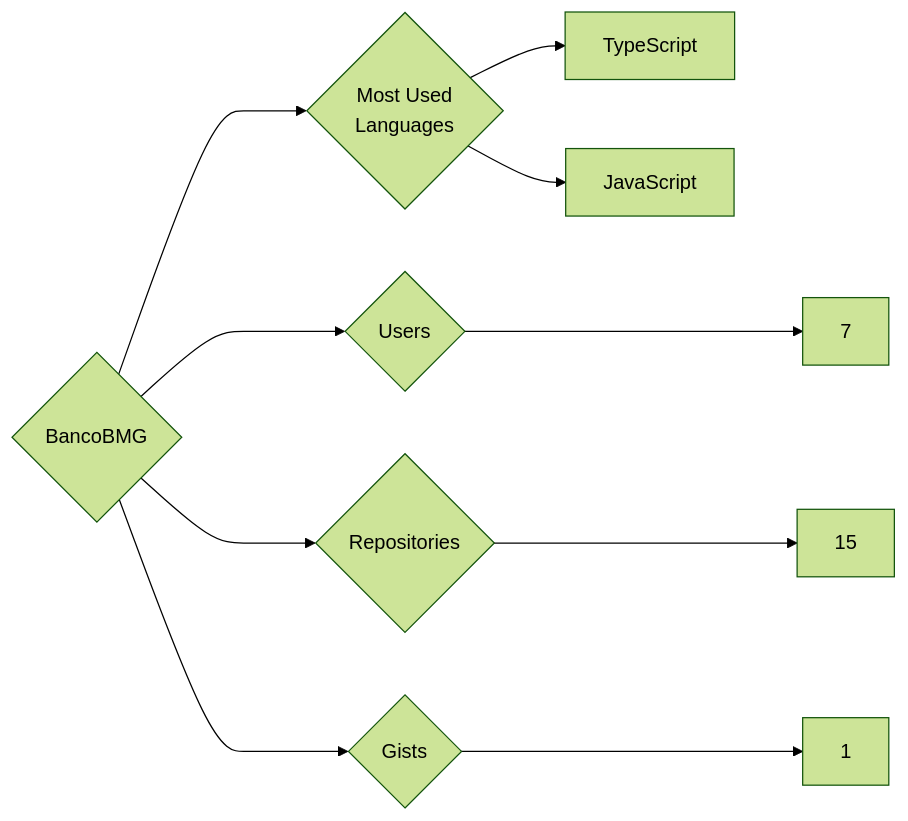
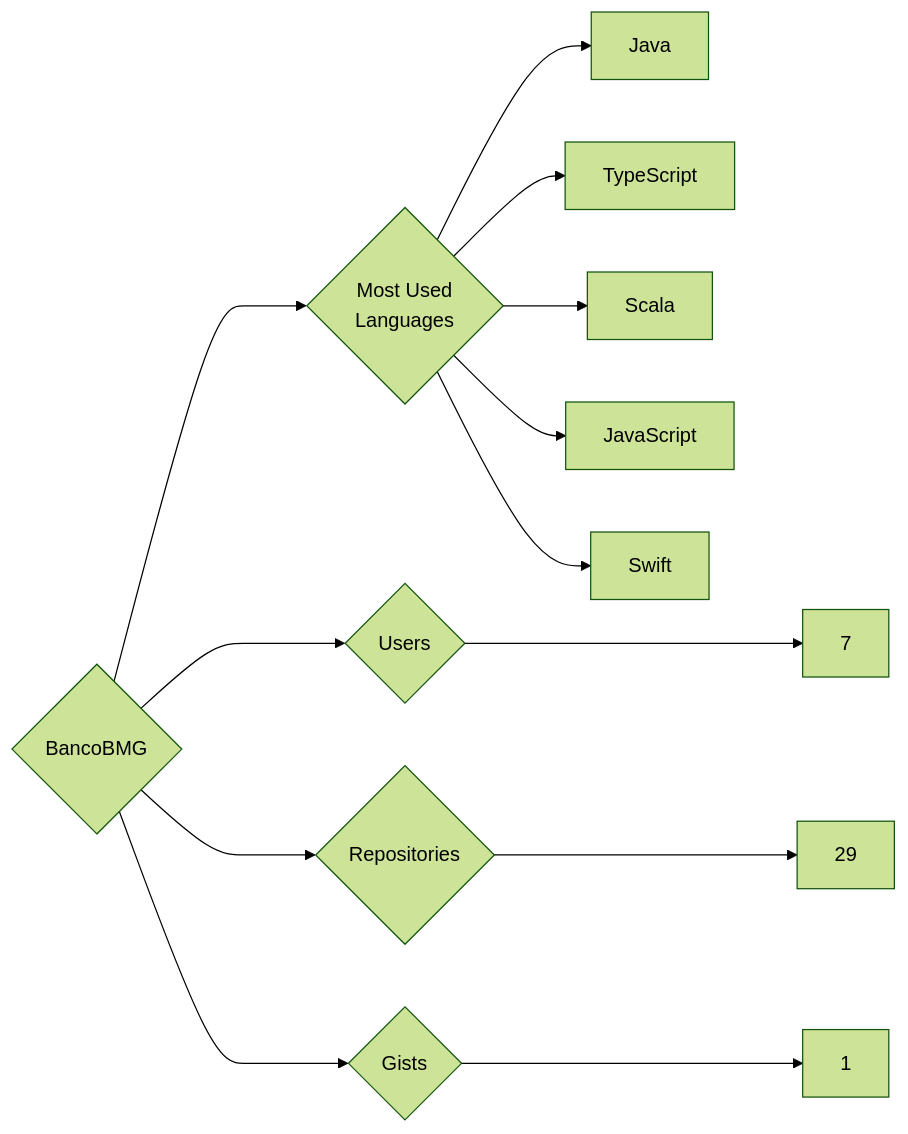
The diagram in targets/BancoBMG/README.md (trickest/insiders), drawn with Mermaid (forest theme) before and after one commit. The commit also changed 985 other files, not shown here.

````diff
--- a/targets/BancoBMG/README.md
+++ b/targets/BancoBMG/README.md
@@ -3,10 +3,13 @@
 ```mermaid
 graph LR
 COMPANY_NAME{BancoBMG}
 COMPANY_NAME ---> U{Users} ---> UN[7]
-COMPANY_NAME ---> R{Repositories} ---> RN[15]
+COMPANY_NAME ---> R{Repositories} ---> RN[29]
 COMPANY_NAME ---> G{Gists} ---> GN[1]
 COMPANY_NAME ---> ML{Most Used<br>Languages}
+ML --> Java[Java]
 ML --> TypeScript[TypeScript]
+ML --> Scala[Scala]
 ML --> JavaScript[JavaScript]
+ML --> Swift[Swift]
 ```
````
